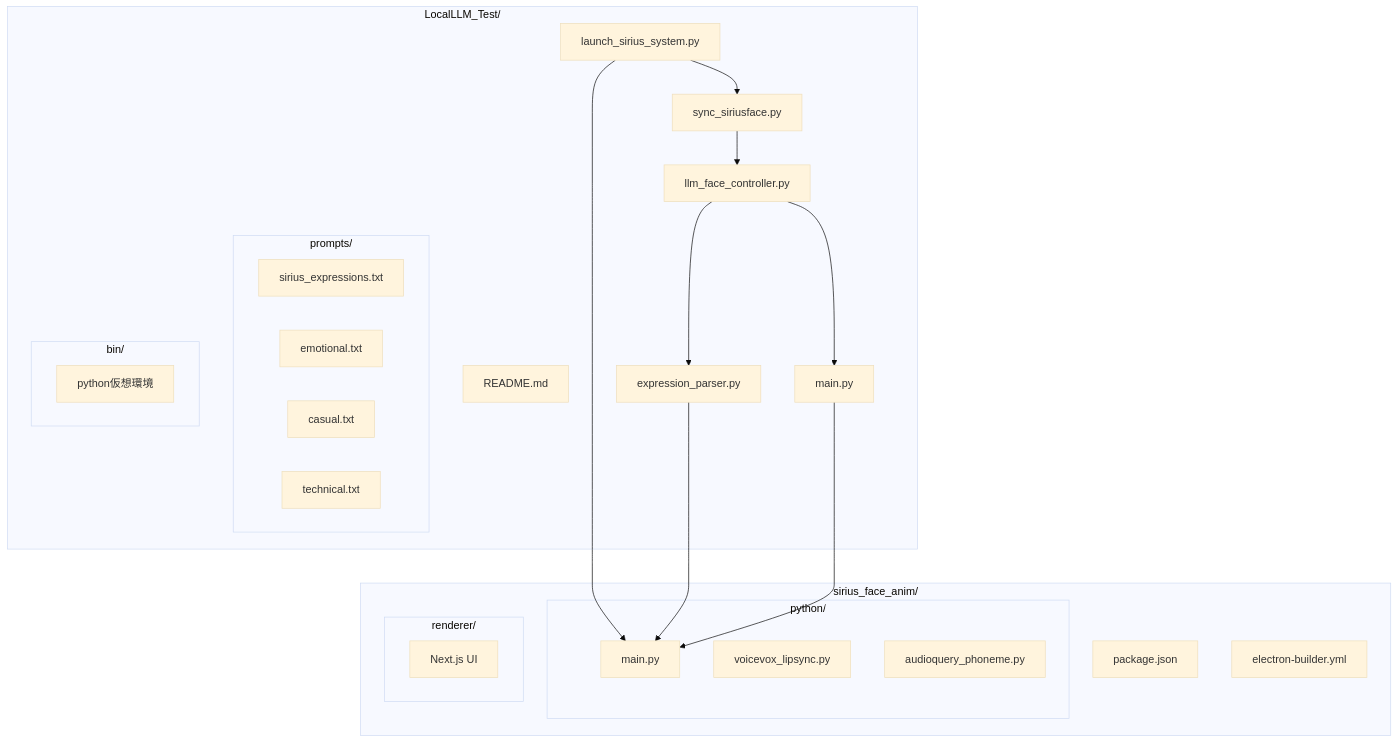
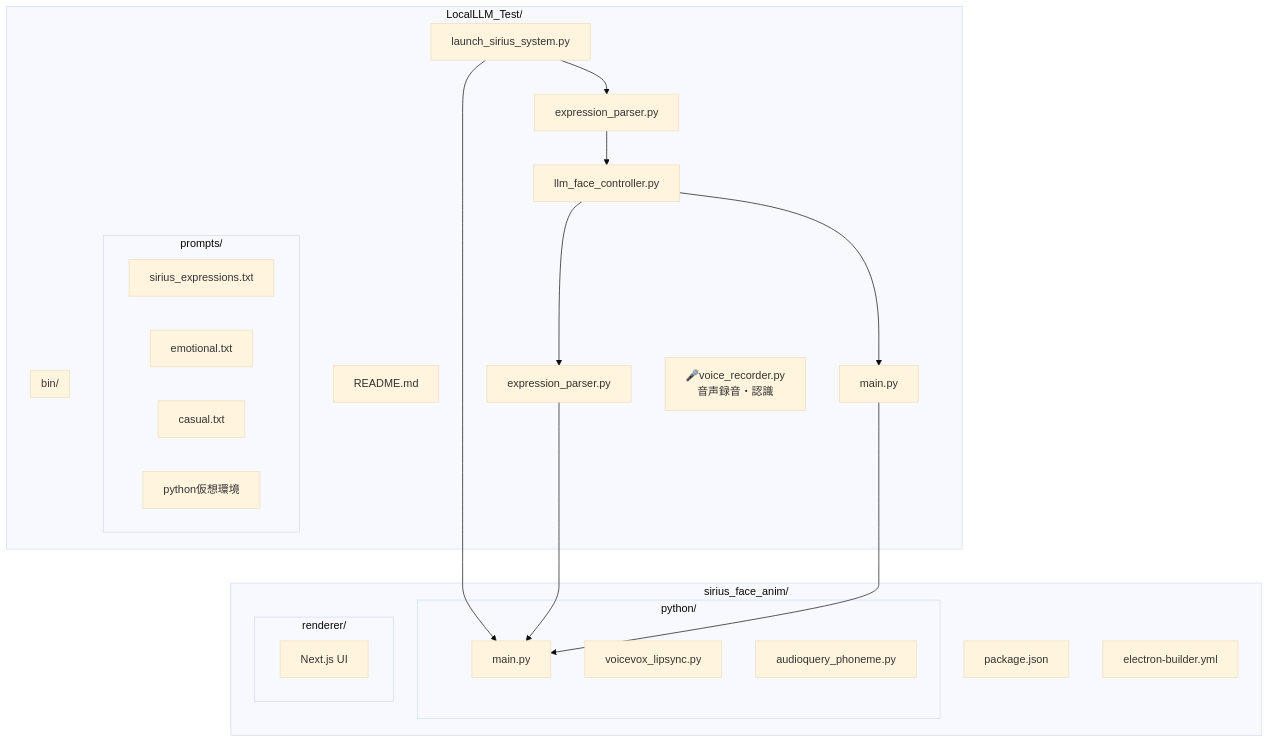
Before and after one commit to YakiFrog/LocalLLM_Test: the eighth of 11 diagrams in README.md, drawn with Mermaid (base theme). The commit also changed other lines of this file and 2 other files, not shown here.

````diff
--- a/README.md
+++ b/README.md
@@ -605,45 +729,46 @@
 ```mermaid
 graph TB
     subgraph "LocalLLM_Test/"
         A[README.md]
         B[launch_sirius_system.py]
-        C[sync_siriusface.py]
+        C[expression_parser.py]
         D[llm_face_controller.py]
         E[expression_parser.py]
         F[main.py]
+        G[🎤voice_recorder.py<br/>音声録音・認識]
         
         subgraph "prompts/"
-            G[sirius_expressions.txt]
-            H[emotional.txt]
-            I[casual.txt]
-            J[technical.txt]
+            H[sirius_expressions.txt]
+            I[emotional.txt]
+            J[casual.txt]
+            K[technical.txt]
         end
         
         subgraph "bin/"
             K[python仮想環境]
         end
     end
     
     subgraph "sirius_face_anim/"
         L[package.json]
         M[electron-builder.yml]
         
         subgraph "python/"
             N[main.py]
             O[voicevox_lipsync.py]
             P[audioquery_phoneme.py]
         end
         
         subgraph "renderer/"
             Q[Next.js UI]
         end
     end
     
     B --> C
     B --> N
     C --> D
     D --> E
     D --> F
     E --> N
     F --> N
 ```
````
